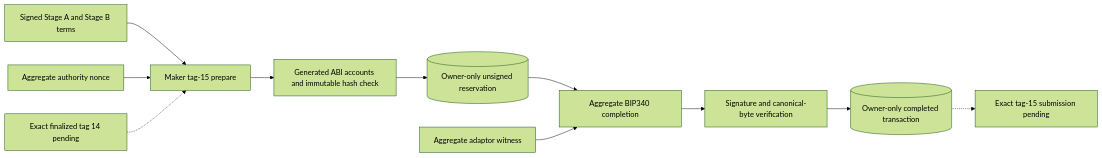
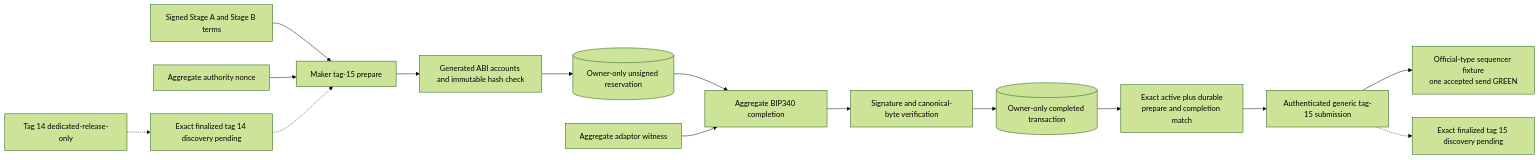
Before and after one commit to gateway-fm/lez-atomic-swaps: the first of 2 diagrams in docs/architecture/0071-durably-prepare-and-complete-xmr-tag15.md, drawn with Mermaid (forest theme). The commit also changed other lines of this file and 17 other files, not shown here.

````diff
--- a/docs/architecture/0071-durably-prepare-and-complete-xmr-tag15.md
+++ b/docs/architecture/0071-durably-prepare-and-complete-xmr-tag15.md
@@ -46,13 +54,17 @@
 ```mermaid
 flowchart LR
     Terms["Signed Stage A and Stage B terms"] --> Prepare["Maker tag-15 prepare"]
     Authority["Aggregate authority nonce"] --> Prepare
     Prepare --> Check["Generated ABI accounts and immutable hash check"]
     Check --> Prepared[("Owner-only unsigned reservation")]
     Prepared --> Complete["Aggregate BIP340 completion"]
     Signature["Aggregate adaptor witness"] --> Complete
     Complete --> Verify["Signature and canonical-byte verification"]
     Verify --> Completed[("Owner-only completed transaction")]
-    Completed -.-> Submit["Exact tag-15 submission pending"]
-    Tag14Finality["Exact finalized tag 14 pending"] -.-> Prepare
+    Completed --> Owned["Exact active plus durable<br/>prepare and completion match"]
+    Owned --> Generic["Authenticated generic tag-15 submission"]
+    Generic --> Fixture["Official-type sequencer fixture<br/>one accepted send GREEN"]
+    Generic -.-> Tag15Finality["Exact finalized tag 15 discovery pending"]
+    Tag14Dedicated["Tag 14 dedicated-release-only"] -.-> Tag14Finality["Exact finalized tag 14 discovery pending"]
+    Tag14Finality -.-> Prepare
 ```
````
